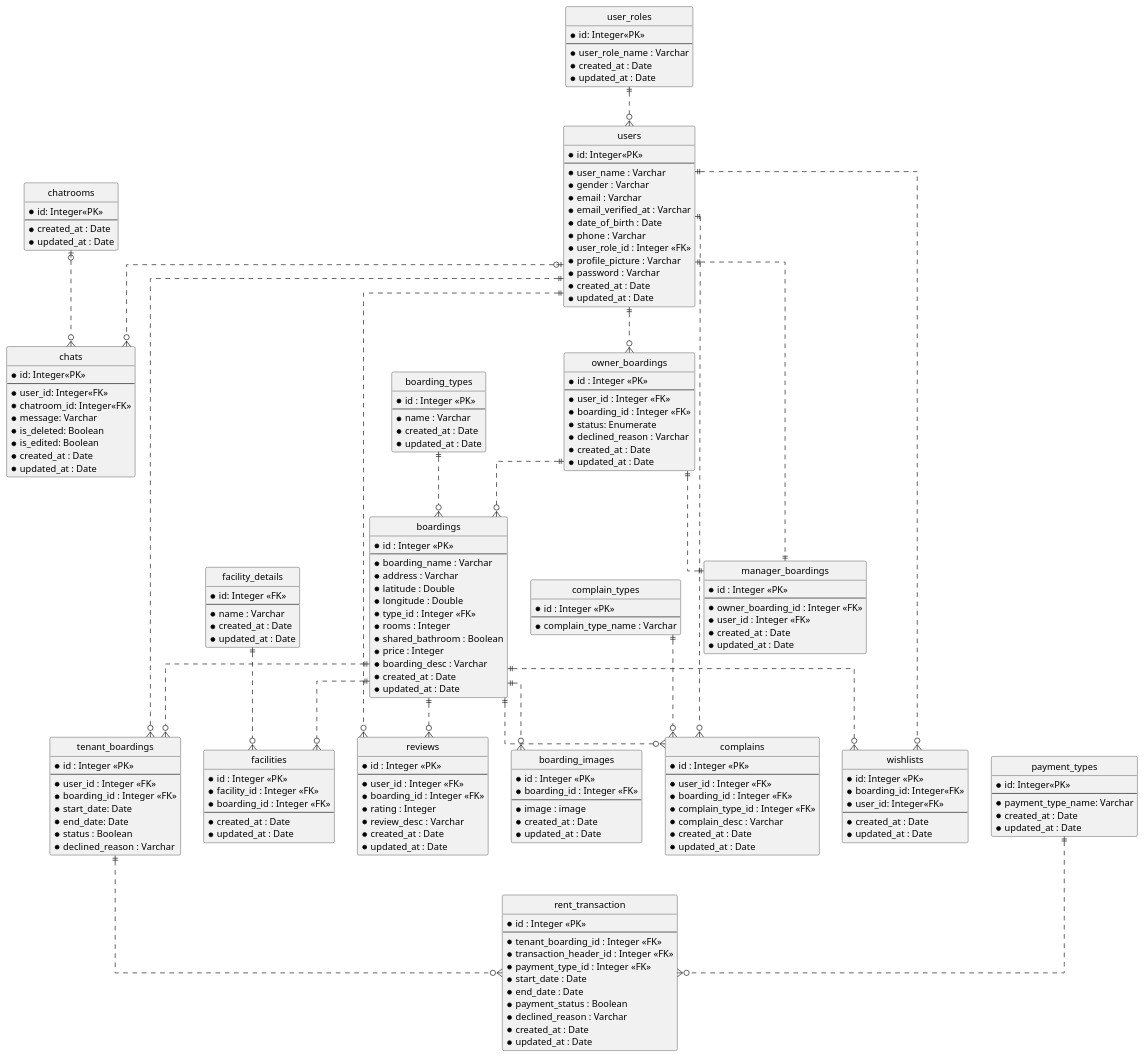
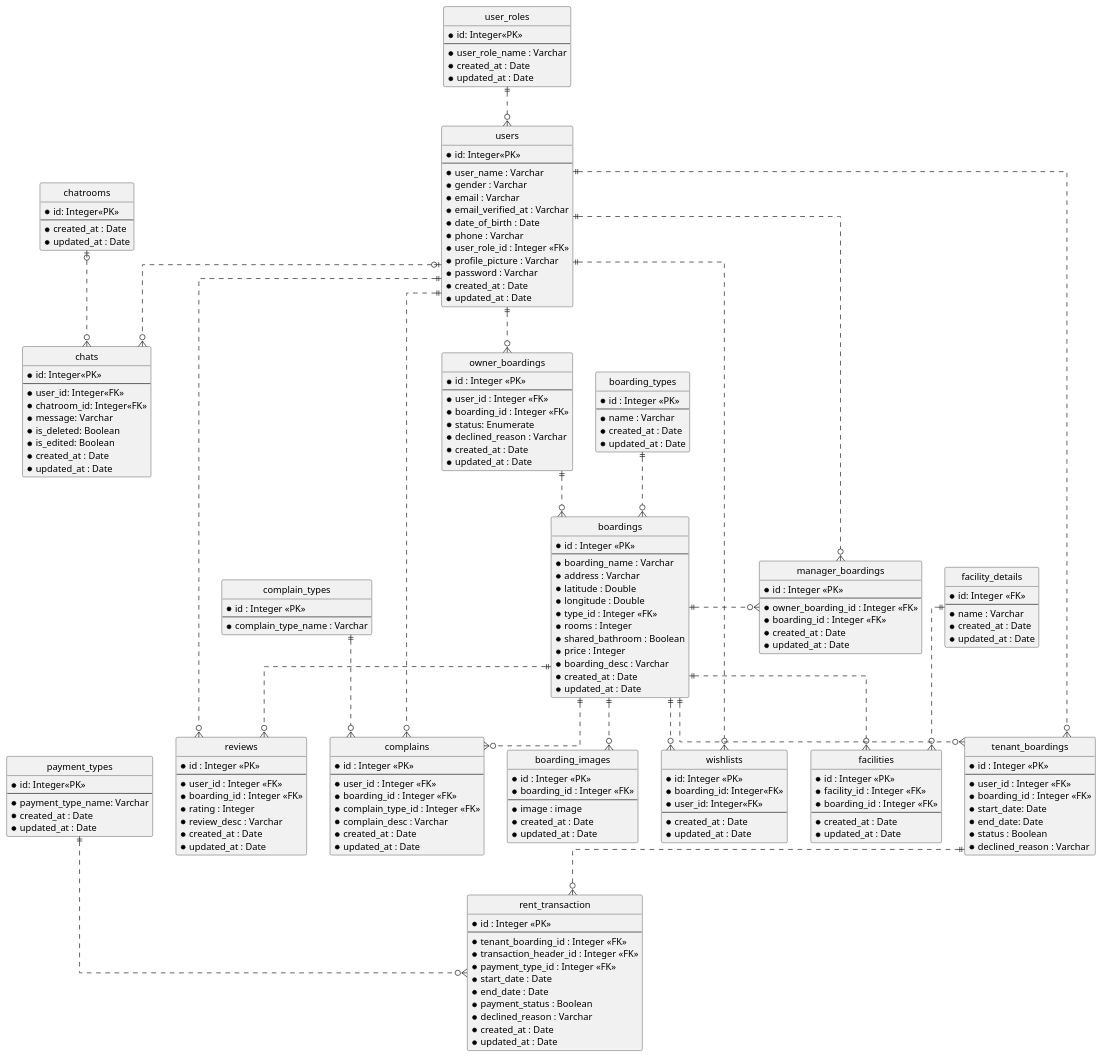
Before and after one commit to AntWort21/BHFMS: the diagram in Design/BHFMS_ERD.puml, drawn with PlantUML. The commit also changed 31 other files, not shown here.

```diff
--- a/Design/BHFMS_ERD.puml
+++ b/Design/BHFMS_ERD.puml
@@ -129,7 +129,7 @@
   *id : Integer <<PK>>
   --
   *owner_boarding_id : Integer <<FK>>
-  *user_id : Integer <<FK>>
+  *boarding_id : Integer <<FK>>
   *created_at : Date
   *updated_at : Date
 }
@@ -213,8 +213,9 @@
 usr ||..o{ lobh
 lobh ||..o{ bh
 
-usr ||..|| mabh
-lobh ||..|| mabh
+usr ||..o{ mabh
+bh ||.o{ mabh
+' lobh ||..|| mabh
 
 usr ||..o{ rvw
 bh ||..o{ rvw
```
